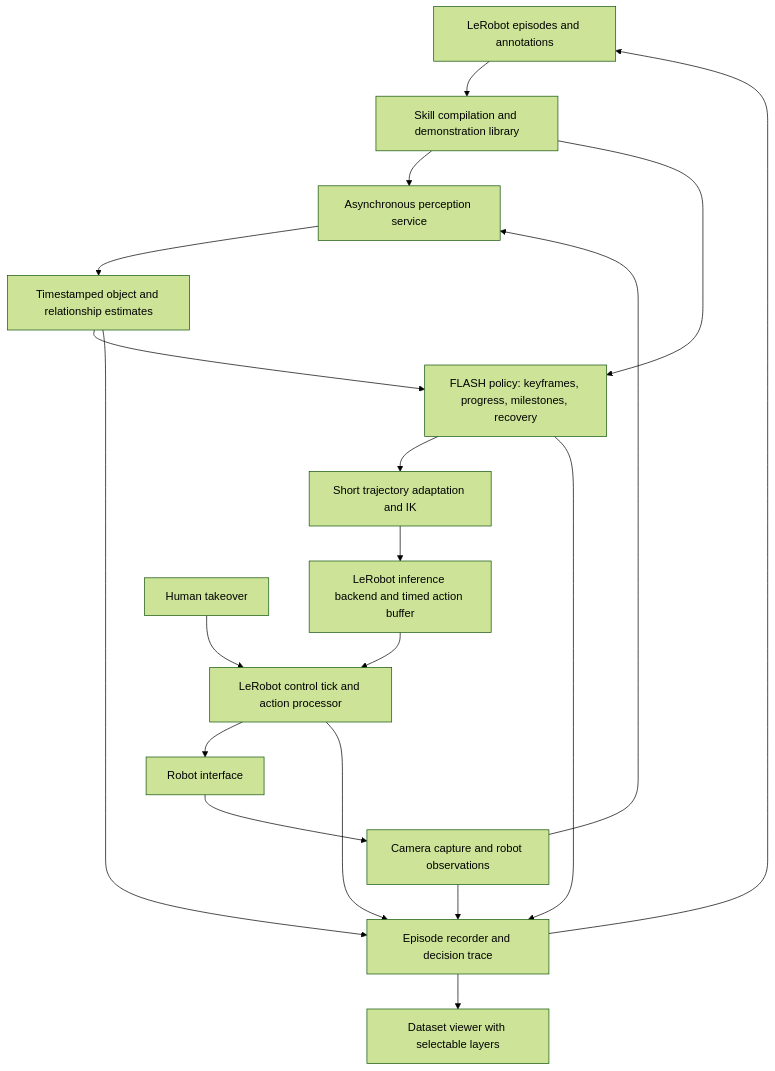
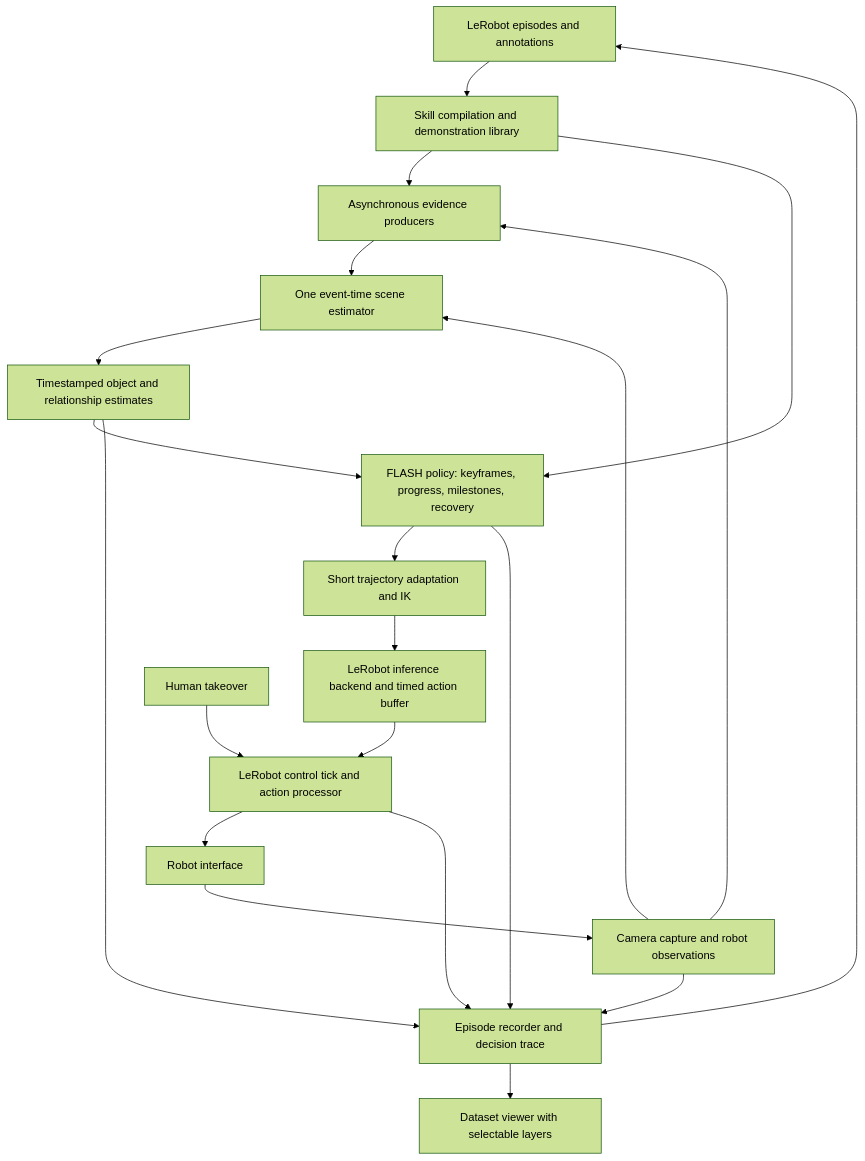
One commit to TheWisp/lerobot changed the first of 2 diagrams in src/lerobot/policies/flash/docs/architecture.md. Above: the diagram before and after it, drawn with Mermaid (forest theme). The commit also changed other lines of this file and 21 other files, not shown here.

````diff
--- a/src/lerobot/policies/flash/docs/architecture.md
+++ b/src/lerobot/policies/flash/docs/architecture.md
@@ -74,21 +75,23 @@
 ```mermaid
 flowchart TD
     EP[LeRobot episodes and annotations] --> SK[Skill compilation and demonstration library]
-    CAM[Camera capture and robot observations] --> PE[Asynchronous perception service]
+    CAM[Camera capture and robot observations] --> PE[Asynchronous evidence producers]
     SK --> PE
-    PE --> BE[Timestamped object and relationship estimates]
+    PE --> FU[One event-time scene estimator]
+    CAM --> FU
+    FU --> BE[Timestamped object and relationship estimates]
     SK --> FP[FLASH policy: keyframes, progress, milestones, recovery]
     BE --> FP
     FP --> PL[Short trajectory adaptation and IK]
     PL --> Q[LeRobot inference backend and timed action buffer]
     Q --> LOOP[LeRobot control tick and action processor]
     HU[Human takeover] --> LOOP
     LOOP --> RO[Robot interface]
     RO --> CAM
     CAM --> REC[Episode recorder and decision trace]
     BE --> REC
     FP --> REC
     LOOP --> REC
     REC --> EP
     REC --> UI[Dataset viewer with selectable layers]
 ```
````
